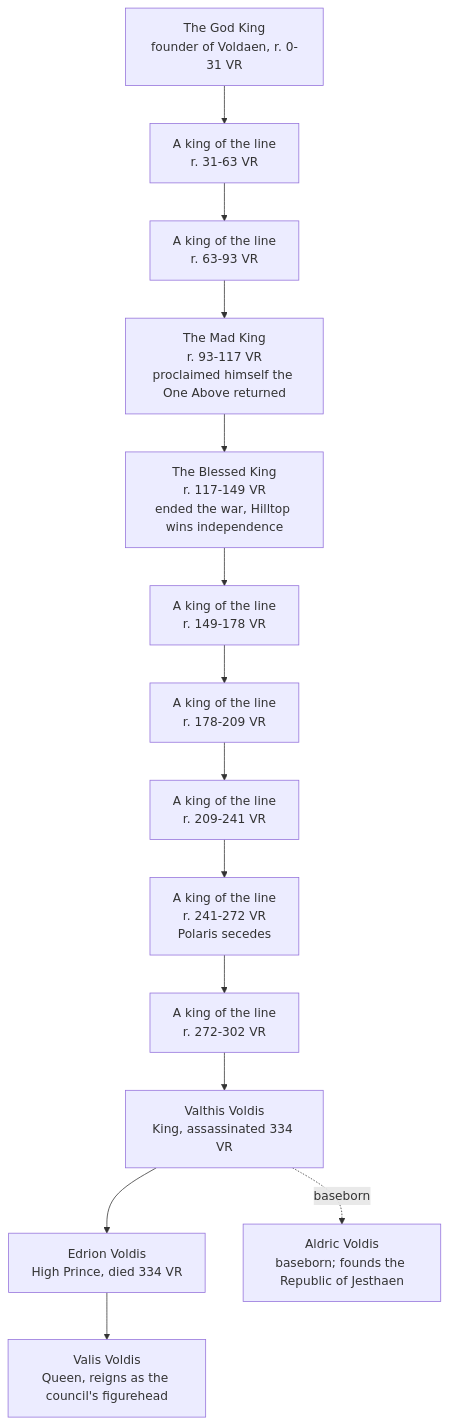
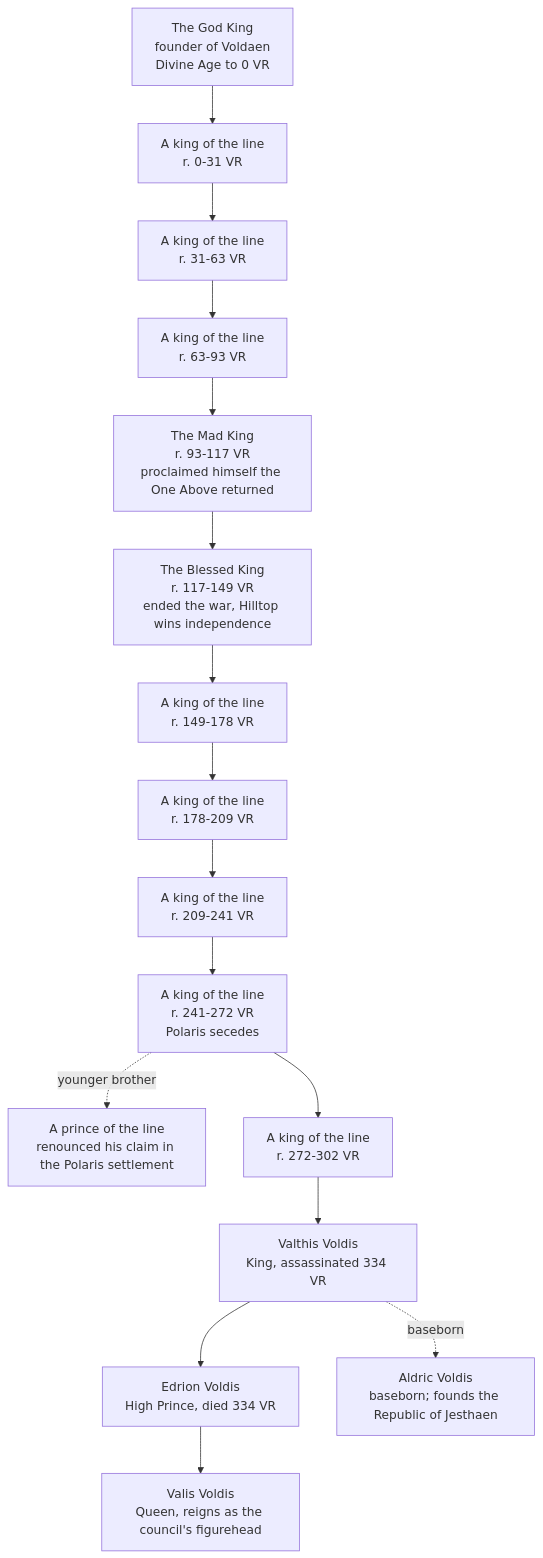
Before and after one commit to EgoAlt/althas-wiki: the diagram in content/organizations/house-voldis.md, drawn with Mermaid. The commit also changed other lines of this file and 20 other files, not shown here.

Commit message:
Lael the Reborn public page + art gallery; Divine Age / Mad King's War / Polaris Secession event pages + Events section; Ophanim scripture, Orthodoxy doctrine, OphDreams public; House Voldis tree refined; Miracles reorganized with Rebirth

````diff
--- a/content/organizations/house-voldis.md
+++ b/content/organizations/house-voldis.md
@@ -19,28 +19,31 @@
 ```mermaid
 graph TD
-    GK["The God King<br/>founder of Voldaen, r. 0-31 VR"]
+    GK["The God King<br/>founder of Voldaen<br/>Divine Age to 0 VR"]
+    K0["A king of the line<br/>r. 0-31 VR"]
     K1["A king of the line<br/>r. 31-63 VR"]
     K2["A king of the line<br/>r. 63-93 VR"]
     MAD["The Mad King<br/>r. 93-117 VR<br/>proclaimed himself the One Above returned"]
     BLESSED["The Blessed King<br/>r. 117-149 VR<br/>ended the war, Hilltop wins independence"]
     K3["A king of the line<br/>r. 149-178 VR"]
     K4["A king of the line<br/>r. 178-209 VR"]
     K5["A king of the line<br/>r. 209-241 VR"]
     K6["A king of the line<br/>r. 241-272 VR<br/>Polaris secedes"]
+    BRO["A prince of the line<br/>renounced his claim in the Polaris settlement"]
     K7["A king of the line<br/>r. 272-302 VR"]
     VALTHIS["Valthis Voldis<br/>King, assassinated 334 VR"]
     EDRION["Edrion Voldis<br/>High Prince, died 334 VR"]
     ALDRIC["Aldric Voldis<br/>baseborn; founds the Republic of Jesthaen"]
     VALIS["Valis Voldis<br/>Queen, reigns as the council's figurehead"]
-    GK --> K1 --> K2 --> MAD --> BLESSED --> K3 --> K4 --> K5 --> K6 --> K7 --> VALTHIS
+    GK --> K0 --> K1 --> K2 --> MAD --> BLESSED --> K3 --> K4 --> K5 --> K6 --> K7 --> VALTHIS
+    K6 -.->|younger brother| BRO
     VALTHIS --> EDRION
     VALTHIS -.->|baseborn| ALDRIC
     EDRION --> VALIS
     click GK "../npcs/the-god-king" "The God King"
     click MAD "../npcs/the-mad-king" "The Mad King"
     click BLESSED "../npcs/the-blessed-king" "The Blessed King"
     click VALTHIS "../npcs/valthis-voldis" "Valthis Voldis"
     click EDRION "../npcs/edrion-voldis" "Edrion Voldis"
     click ALDRIC "../npcs/aldric-voldis" "Aldric Voldis"
     click VALIS "../npcs/valis-voldis" "Valis Voldis"
 ```
````
